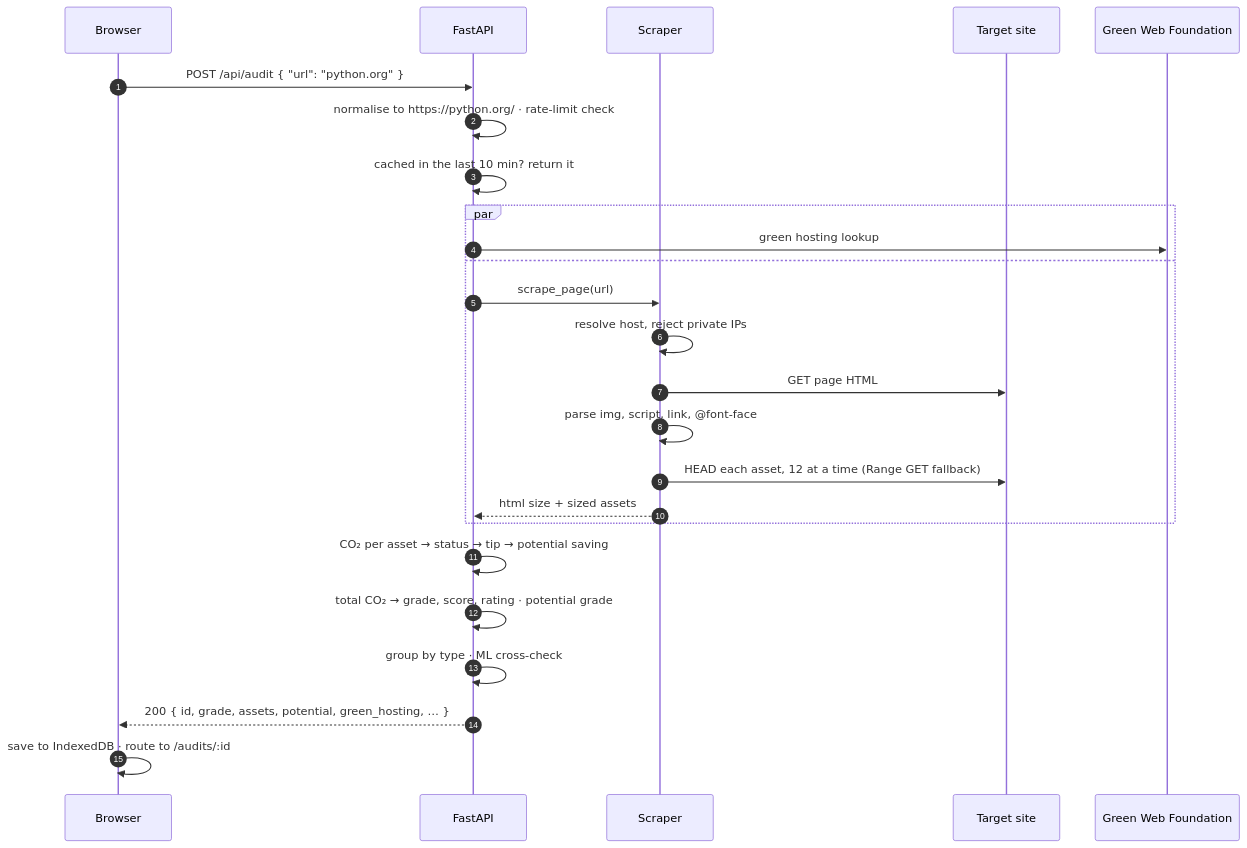
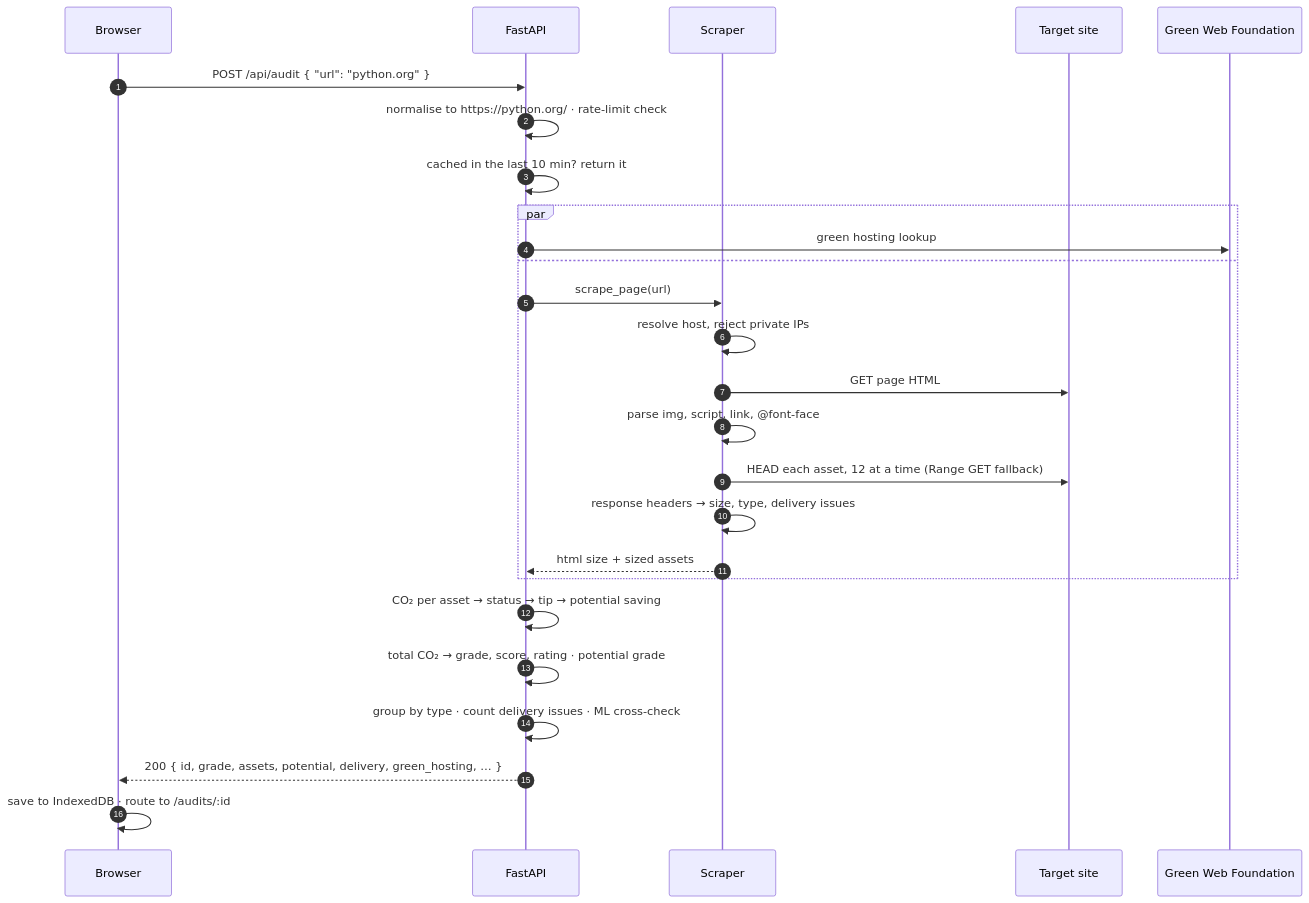
The second of 2 diagrams in README.md (remoshan/eco-web-auditor), drawn with Mermaid before and after one commit. The commit also changed other lines of this file and 5 other files, not shown here.

````diff
--- a/README.md
+++ b/README.md
@@ -112,28 +122,29 @@
 ```mermaid
 sequenceDiagram
     autonumber
     participant B as Browser
     participant A as FastAPI
     participant S as Scraper
     participant W as Target site
     participant G as Green Web Foundation
 
     B->>A: POST /api/audit { "url": "python.org" }
     A->>A: normalise to https://python.org/ · rate-limit check
     A->>A: cached in the last 10 min? return it
     par
         A->>G: green hosting lookup
     and
         A->>S: scrape_page(url)
         S->>S: resolve host, reject private IPs
         S->>W: GET page HTML
         S->>S: parse img, script, link, @font-face
         S->>W: HEAD each asset, 12 at a time (Range GET fallback)
+        S->>S: response headers → size, type, delivery issues
         S-->>A: html size + sized assets
     end
     A->>A: CO₂ per asset → status → tip → potential saving
     A->>A: total CO₂ → grade, score, rating · potential grade
-    A->>A: group by type · ML cross-check
-    A-->>B: 200 { id, grade, assets, potential, green_hosting, … }
+    A->>A: group by type · count delivery issues · ML cross-check
+    A-->>B: 200 { id, grade, assets, potential, delivery, green_hosting, … }
     B->>B: save to IndexedDB · route to /audits/:id
 ```
````
